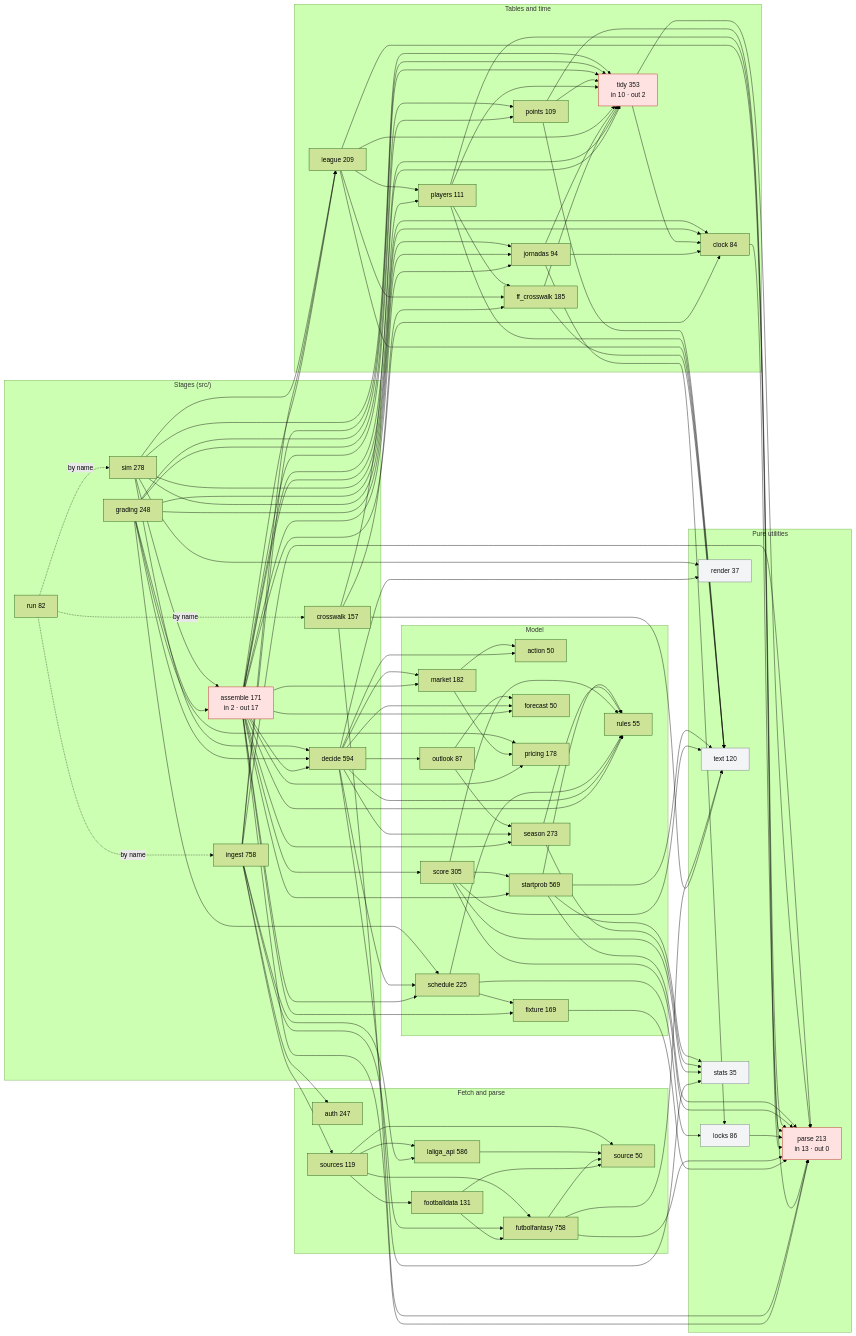
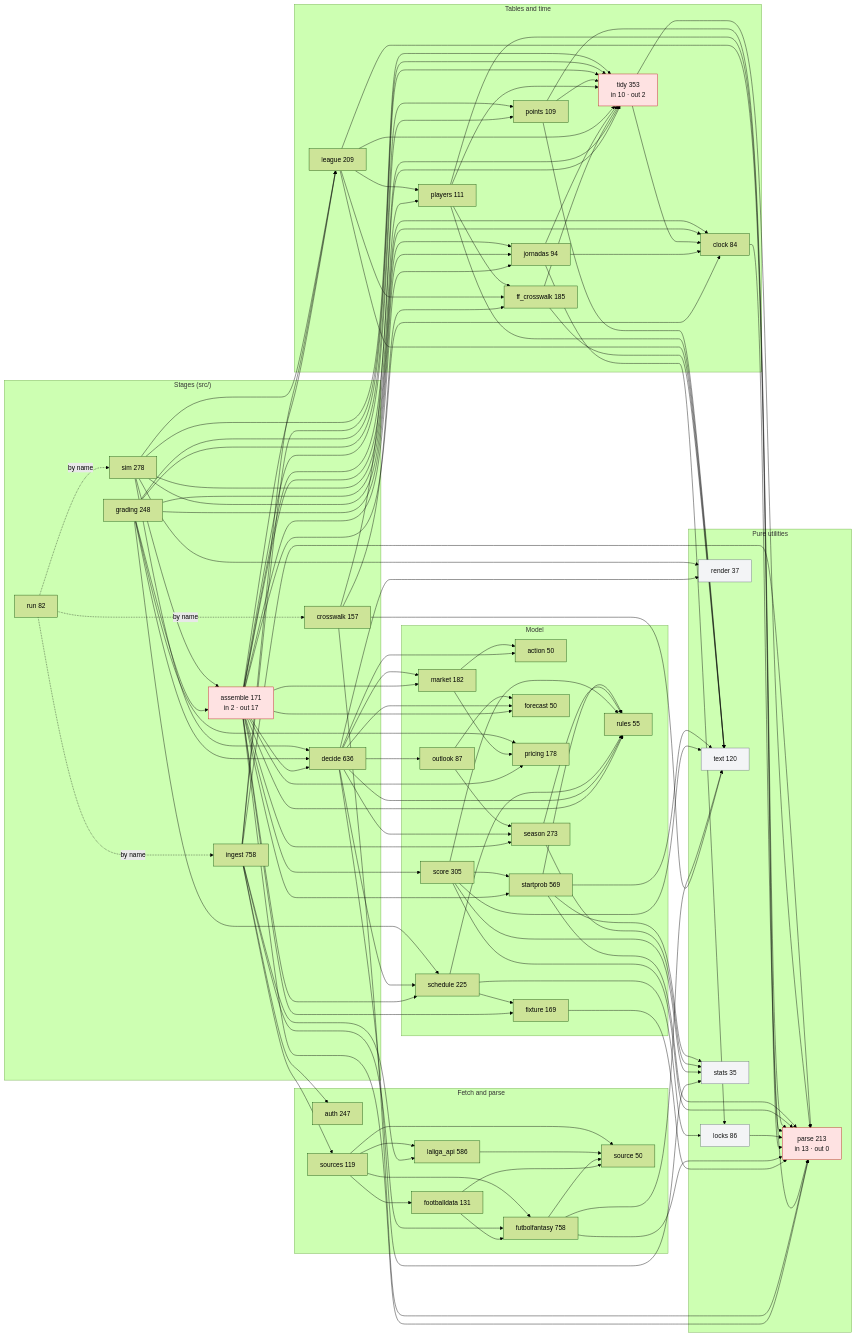
One commit to OrsM/liga_five_guys changed the diagram in docs/modules.mmd. Above: the diagram before and after it, drawn with Mermaid (forest theme). The commit also changed 2 other files, not shown here.

```diff
--- a/docs/modules.mmd
+++ b/docs/modules.mmd
@@ -1,154 +1,154 @@
 flowchart LR
     classDef hub fill:#fee2e2,stroke:#b91c1c,color:#111
     classDef leaf fill:#f3f4f6,stroke:#6b7280,color:#111
     subgraph stages["Stages (src/)"]
         assemble["assemble 171<br/>in 2 · out 17"]:::hub
         crosswalk["crosswalk 157"]
-        decide["decide 594"]
+        decide["decide 636"]
         grading["grading 248"]
         ingest["ingest 758"]
         run["run 82"]
         sim["sim 278"]
     end
     subgraph fetch["Fetch and parse"]
         auth["auth 247"]
         footballdata["footballdata 131"]
         futbolfantasy["futbolfantasy 758"]
         laliga_api["laliga_api 586"]
         source["source 50"]
         sources["sources 119"]
     end
     subgraph data["Tables and time"]
         clock["clock 84"]
         ff_crosswalk["ff_crosswalk 185"]
         jornadas["jornadas 94"]
         league["league 209"]
         players["players 111"]
         points["points 109"]
         tidy["tidy 353<br/>in 10 · out 2"]:::hub
     end
     subgraph model["Model"]
         action["action 50"]
         fixture["fixture 169"]
         forecast["forecast 50"]
         market["market 182"]
         outlook["outlook 87"]
         pricing["pricing 178"]
         rules["rules 55"]
         schedule["schedule 225"]
         score["score 305"]
         season["season 273"]
         startprob["startprob 569"]
     end
     subgraph util["Pure utilities"]
         locks["locks 86"]:::leaf
         parse["parse 213<br/>in 13 · out 0"]:::hub
         render["render 37"]:::leaf
         text["text 120"]:::leaf
         stats["stats 35"]:::leaf
     end
     run -. "by name" .-> ingest
     run -. "by name" .-> crosswalk
     run -. "by name" .-> sim
     assemble --> decide
     assemble --> clock
     assemble --> fixture
     assemble --> forecast
     assemble --> jornadas
     assemble --> league
     assemble --> market
     assemble --> parse
     assemble --> players
     assemble --> points
     assemble --> pricing
     assemble --> rules
     assemble --> schedule
     assemble --> score
     assemble --> season
     assemble --> startprob
     assemble --> tidy
     crosswalk --> ff_crosswalk
     crosswalk --> parse
     crosswalk --> text
     crosswalk --> tidy
     decide --> action
     decide --> forecast
     decide --> market
     decide --> outlook
     decide --> render
     decide --> rules
     decide --> schedule
     decide --> season
     decide --> stats
     clock --> parse
     ff_crosswalk --> text
     ff_crosswalk --> tidy
     fixture --> parse
     footballdata --> futbolfantasy
     footballdata --> source
     futbolfantasy --> parse
     futbolfantasy --> source
     futbolfantasy --> text
     jornadas --> clock
     jornadas --> locks
     jornadas --> tidy
     laliga_api --> source
     league --> ff_crosswalk
     league --> parse
     league --> players
     league --> text
     league --> tidy
     locks --> parse
     market --> action
     market --> pricing
     outlook --> forecast
     outlook --> season
     players --> ff_crosswalk
     players --> parse
     players --> text
     players --> tidy
     points --> parse
     points --> text
     points --> tidy
     schedule --> fixture
     schedule --> locks
     schedule --> rules
     score --> parse
     score --> rules
     score --> startprob
     score --> text
     score --> stats
     season --> rules
     season --> stats
     startprob --> parse
     startprob --> rules
     startprob --> text
     startprob --> stats
     tidy --> clock
     tidy --> parse
     grading --> assemble
     grading --> decide
     grading --> clock
     grading --> jornadas
     grading --> points
     grading --> pricing
     grading --> schedule
     grading --> tidy
     ingest --> auth
     ingest --> futbolfantasy
     ingest --> laliga_api
     ingest --> league
     ingest --> parse
     ingest --> tidy
     ingest --> sources
     sim --> assemble
     sim --> decide
     sim --> clock
     sim --> jornadas
     sim --> league
     sim --> render
     sim --> tidy
     sources --> footballdata
     sources --> futbolfantasy
     sources --> laliga_api
     sources --> source
```
